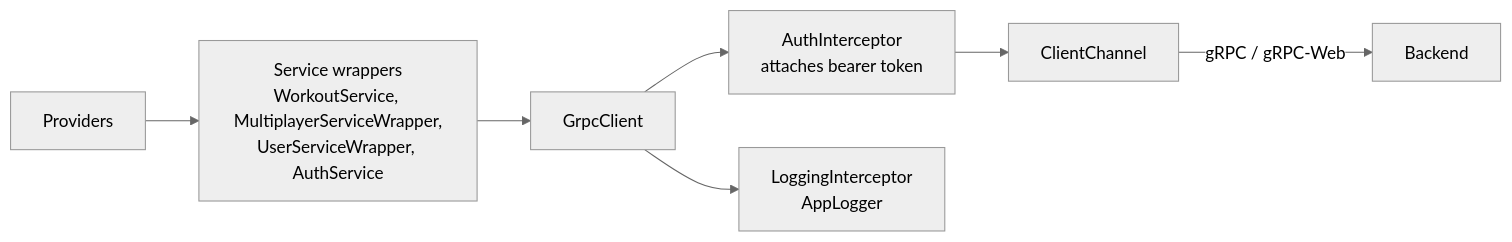
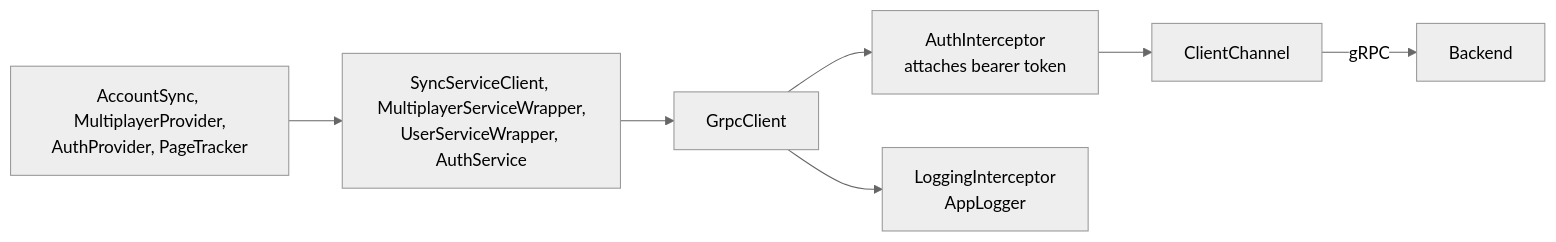
Before and after one commit to brensch/lift: the fourth of 6 diagrams in docs/architecture/app.md, drawn with Mermaid (neutral theme). The commit also changed other lines of this file and 214 other files, not shown here.

````diff
--- a/docs/architecture/app.md
+++ b/docs/architecture/app.md
@@ -77,9 +130,9 @@
 ```mermaid
 graph LR
-    prov["Providers"] --> wrap["Service wrappers<br/>WorkoutService, MultiplayerServiceWrapper,<br/>UserServiceWrapper, AuthService"]
+    prov["AccountSync, MultiplayerProvider,<br/>AuthProvider, PageTracker"] --> wrap["SyncServiceClient, MultiplayerServiceWrapper,<br/>UserServiceWrapper, AuthService"]
     wrap --> gc["GrpcClient"]
     gc --> ai["AuthInterceptor<br/>attaches bearer token"]
     gc --> li["LoggingInterceptor<br/>AppLogger"]
     ai --> ch["ClientChannel"]
-    ch -->|"gRPC / gRPC-Web"| server["Backend"]
+    ch -->|"gRPC"| server["Backend"]
 ```
````
